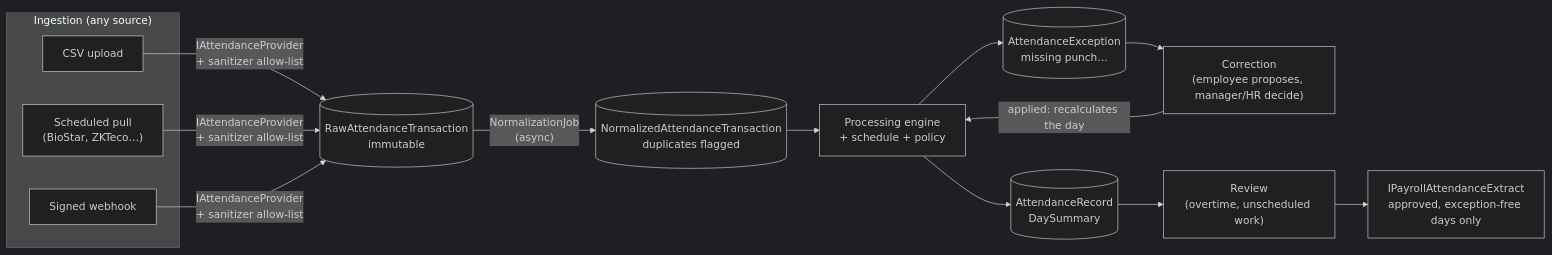
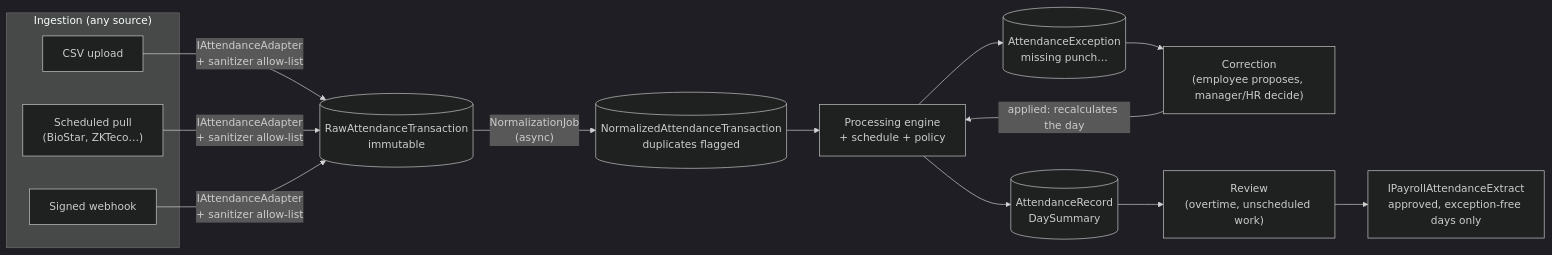
One commit to marounbm/robeem.attendance changed the fourth of 4 diagrams in README.md. Above: the diagram before and after it, drawn with Mermaid (dark theme). The commit also changed other lines of this file and 307 other files, not shown here.

````diff
--- a/README.md
+++ b/README.md
@@ -242,17 +242,17 @@
 ```mermaid
 flowchart LR
     subgraph In["Ingestion (any source)"]
         CSV[CSV upload]
         Pull["Scheduled pull<br/>(BioStar, ZKTeco…)"]
         Hook[Signed webhook]
     end
-    CSV & Pull & Hook -->|"IAttendanceProvider<br/>+ sanitizer allow-list"| Raw[("RawAttendanceTransaction<br/>immutable")]
+    CSV & Pull & Hook -->|"IAttendanceAdapter<br/>+ sanitizer allow-list"| Raw[("RawAttendanceTransaction<br/>immutable")]
     Raw -->|"NormalizationJob<br/>(async)"| Norm[("NormalizedAttendanceTransaction<br/>duplicates flagged")]
     Norm --> Eng["Processing engine<br/>+ schedule + policy"]
     Eng --> Rec[("AttendanceRecord<br/>DaySummary")]
     Eng --> Exc[("AttendanceException<br/>missing punch…")]
     Exc --> Cor["Correction<br/>(employee proposes, manager/HR decide)"]
     Cor -->|applied: recalculates the day| Eng
     Rec --> Rev["Review<br/>(overtime, unscheduled work)"]
     Rev --> Pay["IPayrollAttendanceExtract<br/>approved, exception-free days only"]
 ```
````
